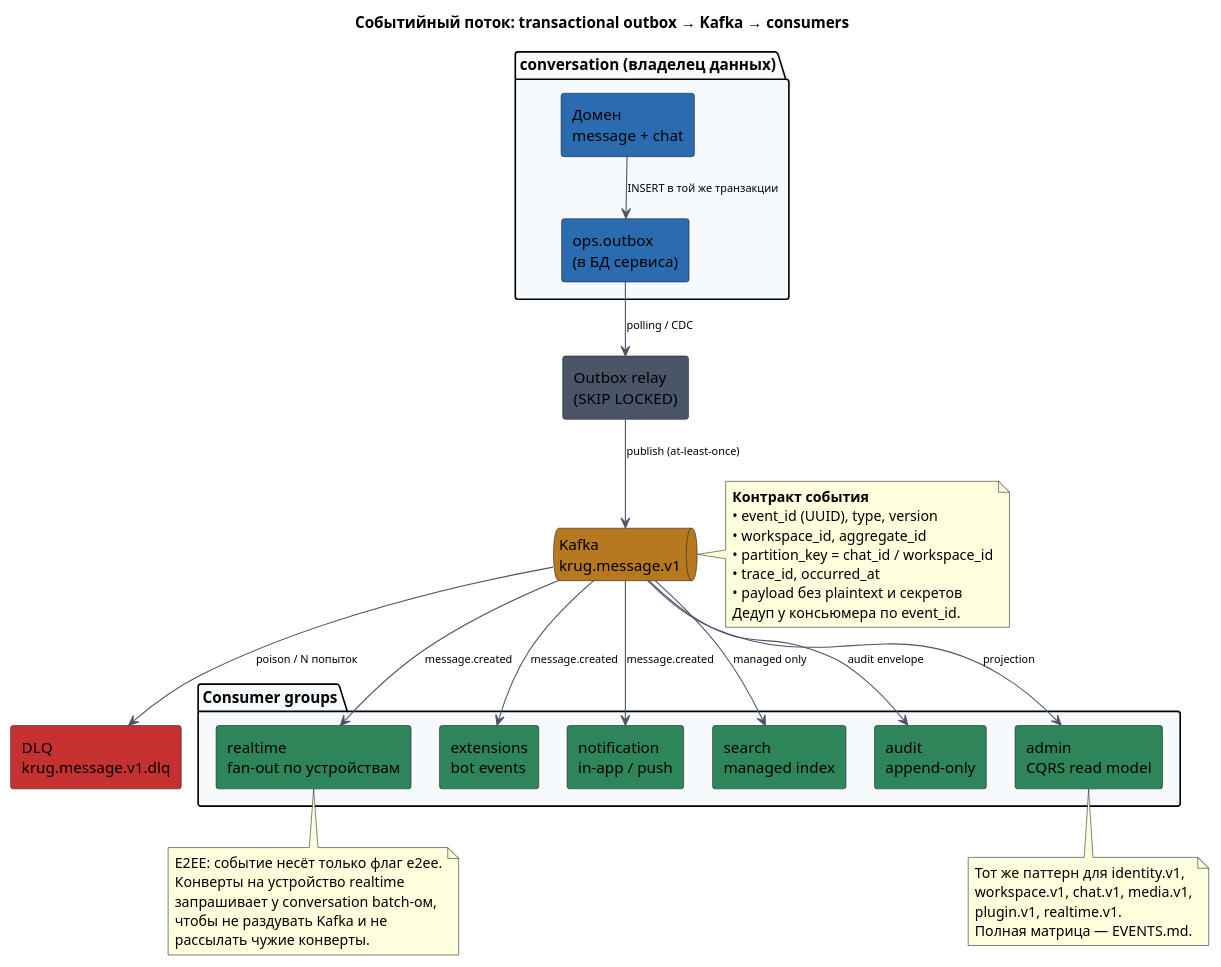
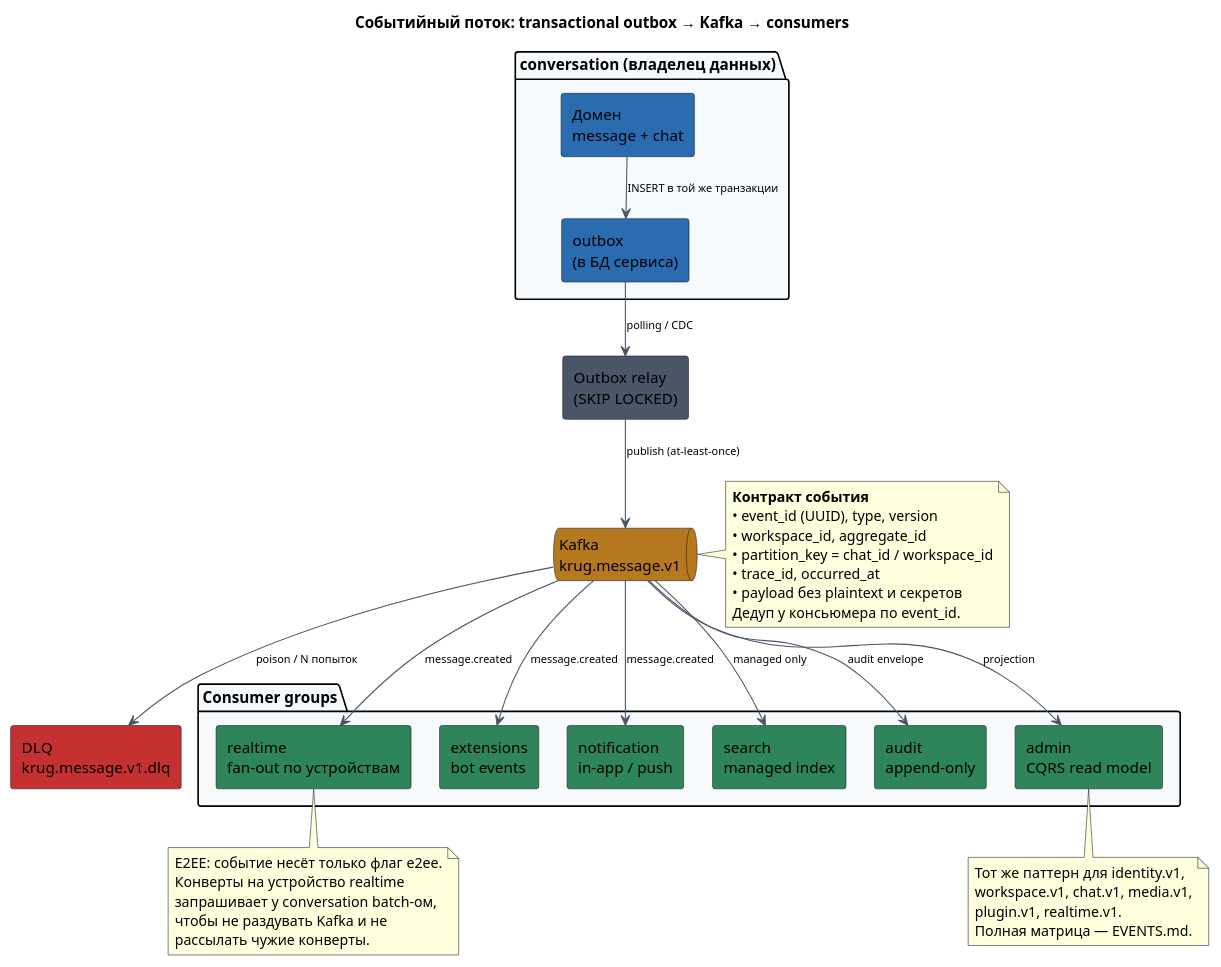
The diagram in docs/architecture/diagrams/src/06-event-flow.puml (fso13/AthenaeumHub), drawn with PlantUML before and after one commit. The commit also changed 17 other files, not shown here.

```diff
--- a/docs/architecture/diagrams/src/06-event-flow.puml
+++ b/docs/architecture/diagrams/src/06-event-flow.puml
@@ -1,68 +1,68 @@
 @startuml
 top to bottom direction
 skinparam componentStyle rectangle
 skinparam defaultFontName "Helvetica"
 skinparam shadowing false
 skinparam ArrowColor #4A5568
 skinparam ArrowFontSize 10
 skinparam nodesep 26
 skinparam ranksep 42
 skinparam packageBackgroundColor #F7FAFC
 
 title Событийный поток: transactional outbox → Kafka → consumers
 
 package "conversation (владелец данных)" {
   component "Домен\nmessage + chat" as domain #2B6CB0
-  component "ops.outbox\n(в БД сервиса)" as outbox #2B6CB0
+  component "outbox\n(в БД сервиса)" as outbox #2B6CB0
 }
 
 component "Outbox relay\n(SKIP LOCKED)" as relay #4A5568
 queue "Kafka\nkrug.message.v1" as topic #B7791F
 component "DLQ\nkrug.message.v1.dlq" as dlq #C53030
 
 package "Consumer groups" {
   component "realtime\nfan-out по устройствам" as rt #2F855A
   component "extensions\nbot events" as ext #2F855A
   component "notification\nin-app / push" as notif #2F855A
   component "search\nmanaged index" as search #2F855A
   component "audit\nappend-only" as audit #2F855A
   component "admin\nCQRS read model" as admin #2F855A
 }
 
 domain --> outbox : INSERT в той же транзакции
 outbox --> relay : polling / CDC
 relay --> topic : publish (at-least-once)
 topic --> dlq : poison / N попыток
 topic --> rt : message.created
 topic --> ext : message.created
 topic --> notif : message.created
 topic --> search : managed only
 topic --> audit : audit envelope
 topic --> admin : projection
 
 note right of topic
   **Контракт события**
   • event_id (UUID), type, version
   • workspace_id, aggregate_id
   • partition_key = chat_id / workspace_id
   • trace_id, occurred_at
   • payload без plaintext и секретов
   Дедуп у консьюмера по event_id.
 end note
 
 note bottom of rt
   E2EE: событие несёт только флаг e2ee.
   Конверты на устройство realtime
   запрашивает у conversation batch-ом,
   чтобы не раздувать Kafka и не
   рассылать чужие конверты.
 end note
 
 note bottom of admin
   Тот же паттерн для identity.v1,
   workspace.v1, chat.v1, media.v1,
   plugin.v1, realtime.v1.
   Полная матрица — EVENTS.md.
 end note
 
 @enduml
```
